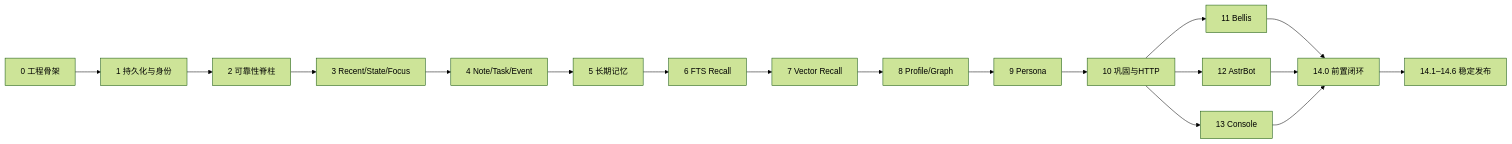
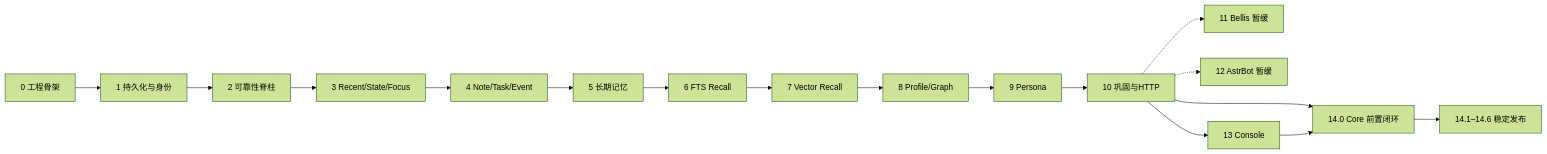
The diagram in docs/development/README.md (AirObject/iris-core), drawn with Mermaid (forest theme) before and after one commit. The commit also changed other lines of this file and 780 other files, not shown here.

````diff
--- a/docs/development/README.md
+++ b/docs/development/README.md
@@ -32,20 +32,19 @@
 ```mermaid
 flowchart LR
     P0[0 工程骨架] --> P1[1 持久化与身份]
     P1 --> P2[2 可靠性脊柱]
     P2 --> P3[3 Recent/State/Focus]
     P3 --> P4[4 Note/Task/Event]
     P4 --> P5[5 长期记忆]
     P5 --> P6[6 FTS Recall]
     P6 --> P7[7 Vector Recall]
     P7 --> P8[8 Profile/Graph]
     P8 --> P9[9 Persona]
     P9 --> P10[10 巩固与HTTP]
-    P10 --> P11[11 Bellis]
-    P10 --> P12[12 AstrBot]
+    P10 -.-> P11[11 Bellis 暂缓]
+    P10 -.-> P12[12 AstrBot 暂缓]
     P10 --> P13[13 Console]
-    P11 --> G[14.0 前置闭环]
-    P12 --> G
+    P10 --> G[14.0 Core 前置闭环]
     P13 --> G
     G --> R[14.1–14.6 稳定发布]
 ```
````
